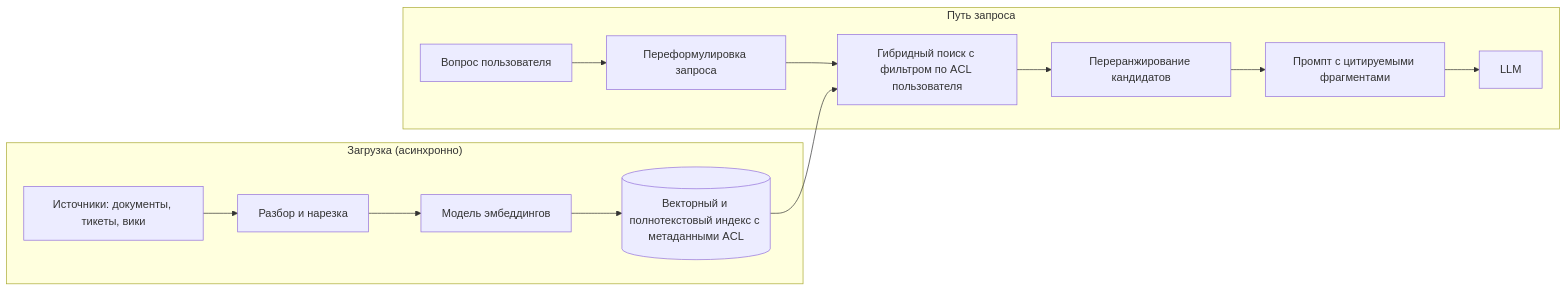
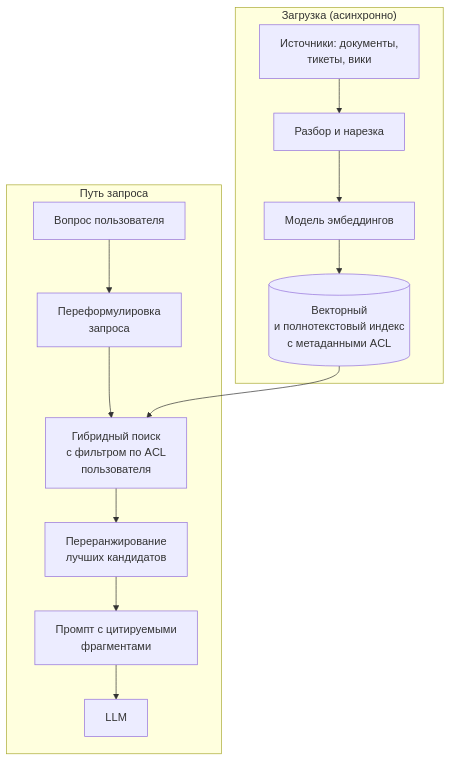
Before and after one commit to butyavk/system-design: the second of 2 diagrams in src/content/docs/ru/architecture/llm-applications.mdx, drawn with Mermaid. The commit also changed other lines of this file and 144 other files, not shown here.

````diff
--- a/src/content/docs/ru/architecture/llm-applications.mdx
+++ b/src/content/docs/ru/architecture/llm-applications.mdx
@@ -112,16 +109,16 @@
 ```mermaid
-flowchart LR
+flowchart TB
   subgraph ingest["Загрузка (асинхронно)"]
-    src["Источники: документы, тикеты, вики"] --> parse["Разбор и нарезка"]
+    src["Источники: документы,<br/>тикеты, вики"] --> parse["Разбор и нарезка"]
     parse --> emb["Модель эмбеддингов"]
-    emb --> idx[("Векторный и полнотекстовый индекс с метаданными ACL")]
+    emb --> idx[("Векторный<br/>и полнотекстовый индекс<br/>с метаданными ACL")]
   end
   subgraph query["Путь запроса"]
-    q["Вопрос пользователя"] --> rw["Переформулировка запроса"]
-    rw --> hyb["Гибридный поиск с фильтром по ACL пользователя"]
-    hyb --> rr["Переранжирование кандидатов"]
-    rr --> prompt["Промпт с цитируемыми фрагментами"]
+    q["Вопрос пользователя"] --> rw["Переформулировка<br/>запроса"]
+    rw --> hyb["Гибридный поиск<br/>с фильтром по ACL<br/>пользователя"]
+    hyb --> rr["Переранжирование<br/>лучших кандидатов"]
+    rr --> prompt["Промпт с цитируемыми<br/>фрагментами"]
     prompt --> llm["LLM"]
   end
   idx --> hyb
 ```
````
